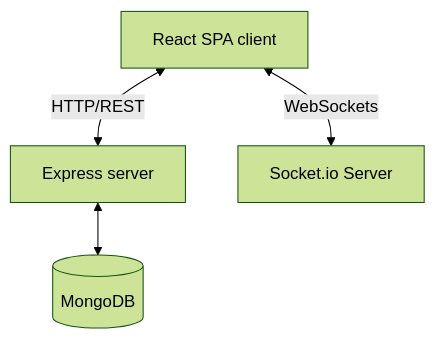
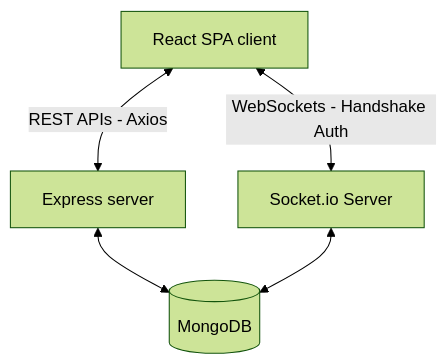
The diagram in README.md (priyanshuydv12/TaskFlow), drawn with Mermaid (forest theme) before and after one commit. The commit also changed other lines of this file and 1 other file, not shown here.

Commit message:
docs: finalize technical README and server .env.example configuration

````diff
--- a/README.md
+++ b/README.md
@@ -55,6 +11,7 @@
 ```mermaid
 graph TD
-    Client[React SPA client] <-->|HTTP/REST| Express[Express server]
-    Client <-->|WebSockets| SocketIO[Socket.io Server]
+    Client[React SPA client] <-->|REST APIs - Axios| Express[Express server]
+    Client <-->|WebSockets - Handshake Auth| SocketIO[Socket.io Server]
     Express <--> MongoDB[(MongoDB)]
+    SocketIO <--> MongoDB
 ```
````
